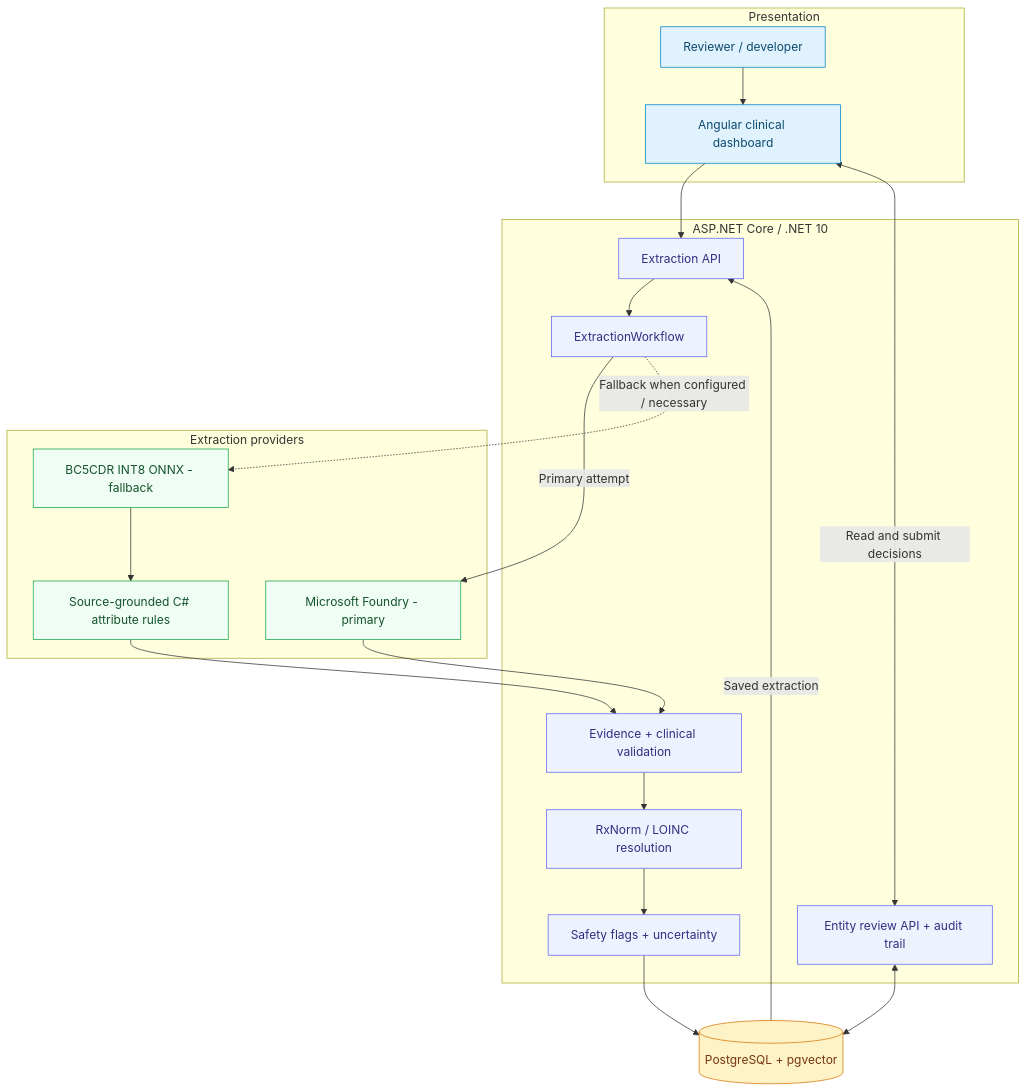
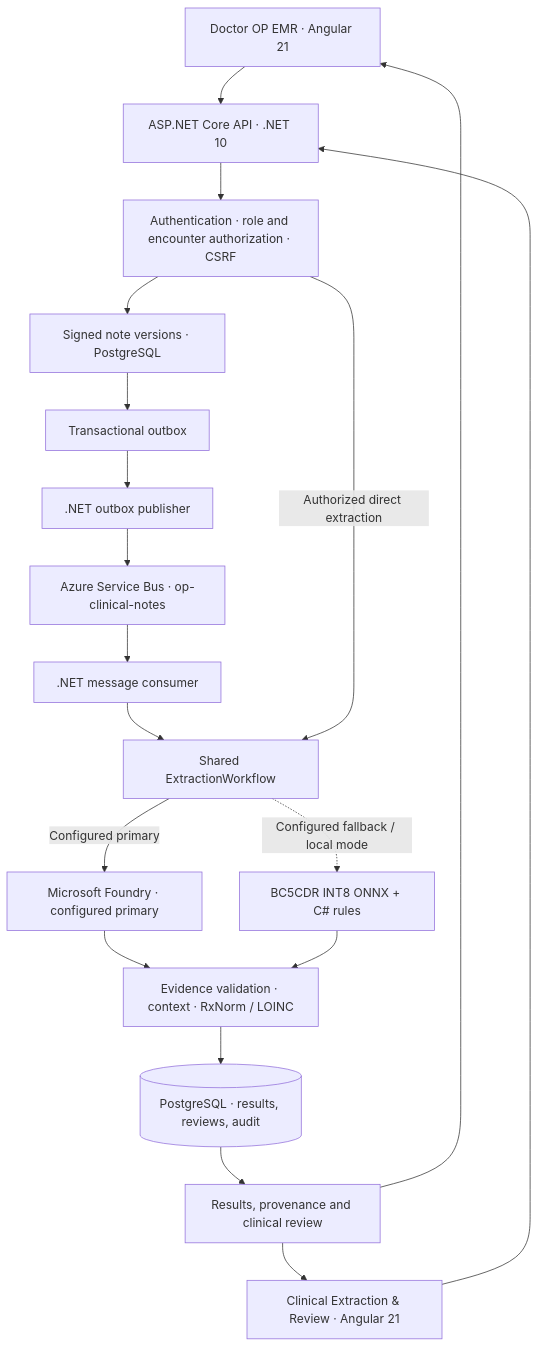
One commit to 935125/Apollo-Clinical-Extraction changed the first of 2 diagrams in README.md. Above: the diagram before and after it, drawn with Mermaid. The commit also changed other lines of this file, not shown here.

Commit message:
docs: comprehensive Apollo platform README with horizontal architecture diagrams

````diff
--- a/README.md
+++ b/README.md
@@ -101,45 +89,32 @@
 ```mermaid
 flowchart TB
-    subgraph UI["Presentation"]
-        USER["Reviewer / developer"]
-        ANGULAR["Angular clinical dashboard"]
-        USER --> ANGULAR
-    end
+    DOC["Doctor OP EMR · Angular 21"]
+    REV["Clinical Extraction & Review · Angular 21"]
+    API["ASP.NET Core API · .NET 10"]
+    AUTH["Authentication · role and encounter authorization · CSRF"]
+    NOTES["Signed note versions · PostgreSQL"]
+    OUTBOX["Transactional outbox"]
+    PUB[".NET outbox publisher"]
+    BUS["Azure Service Bus · op-clinical-notes"]
+    WORKER[".NET message consumer"]
+    FLOW["Shared ExtractionWorkflow"]
+    LLM["Microsoft Foundry · configured primary"]
+    LOCAL["BC5CDR INT8 ONNX + C# rules"]
+    CHECKS["Evidence validation · context · RxNorm / LOINC"]
+    STORE[("PostgreSQL · results, reviews, audit")]
+    RESULTS["Results, provenance and clinical review"]
 
-    subgraph API["ASP.NET Core / .NET 10"]
-        ENDPOINT["Extraction API"]
-        WORKFLOW["ExtractionWorkflow"]
-        VALIDATE["Evidence + clinical validation"]
-        NORMALIZE["RxNorm / LOINC resolution"]
-        SAFETY["Safety flags + uncertainty"]
-        REVIEW["Entity review API + audit trail"]
-    end
-
-    subgraph PROVIDERS["Extraction providers"]
-        FOUNDRY["Microsoft Foundry - primary"]
-        ONNX["BC5CDR INT8 ONNX - fallback"]
-        RULES["Source-grounded C# attribute rules"]
-    end
-
-    DB[("PostgreSQL + pgvector")]
-
-    ANGULAR --> ENDPOINT --> WORKFLOW
-    WORKFLOW -->|"Primary attempt"| FOUNDRY
-    WORKFLOW -.->|"Fallback when configured / necessary"| ONNX
-    ONNX --> RULES
-    FOUNDRY --> VALIDATE
-    RULES --> VALIDATE
-    VALIDATE --> NORMALIZE --> SAFETY --> DB
-    ANGULAR <-->|"Read and submit decisions"| REVIEW
-    REVIEW <--> DB
-    DB -->|"Saved extraction"| ENDPOINT
-
-    classDef ui fill:#e0f2fe,stroke:#0284c7,color:#0c4a6e
-    classDef core fill:#eef2ff,stroke:#6366f1,color:#312e81
-    classDef provider fill:#f0fdf4,stroke:#16a34a,color:#14532d
-    classDef storage fill:#fef3c7,stroke:#d97706,color:#78350f
-    class ANGULAR,USER ui
-    class ENDPOINT,WORKFLOW,VALIDATE,NORMALIZE,SAFETY,REVIEW core
-    class FOUNDRY,ONNX,RULES provider
-    class DB storage
+    DOC --> API
+    REV --> API
+    API --> AUTH
+    AUTH --> NOTES
+    NOTES --> OUTBOX --> PUB --> BUS --> WORKER --> FLOW
+    AUTH -->|"Authorized direct extraction"| FLOW
+    FLOW -->|"Configured primary"| LLM
+    FLOW -.->|"Configured fallback / local mode"| LOCAL
+    LLM --> CHECKS
+    LOCAL --> CHECKS
+    CHECKS --> STORE --> RESULTS
+    RESULTS --> DOC
+    RESULTS --> REV
 ```
````
